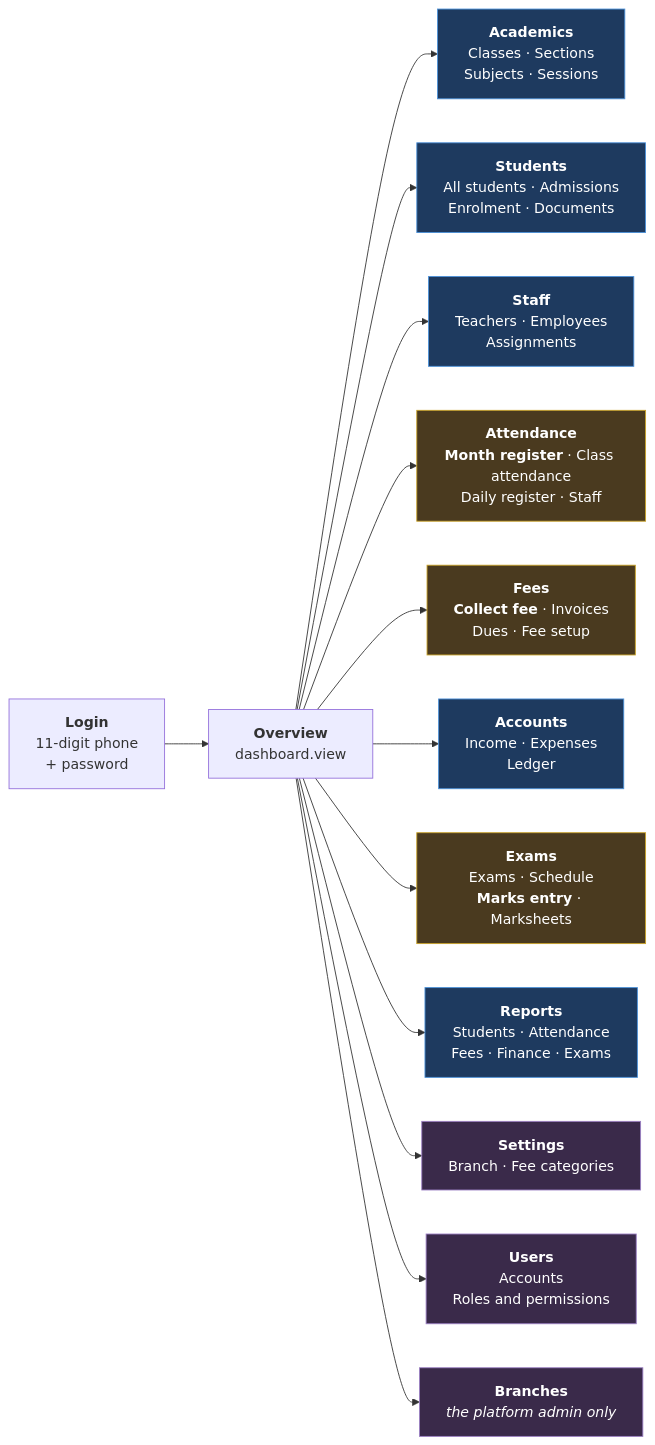
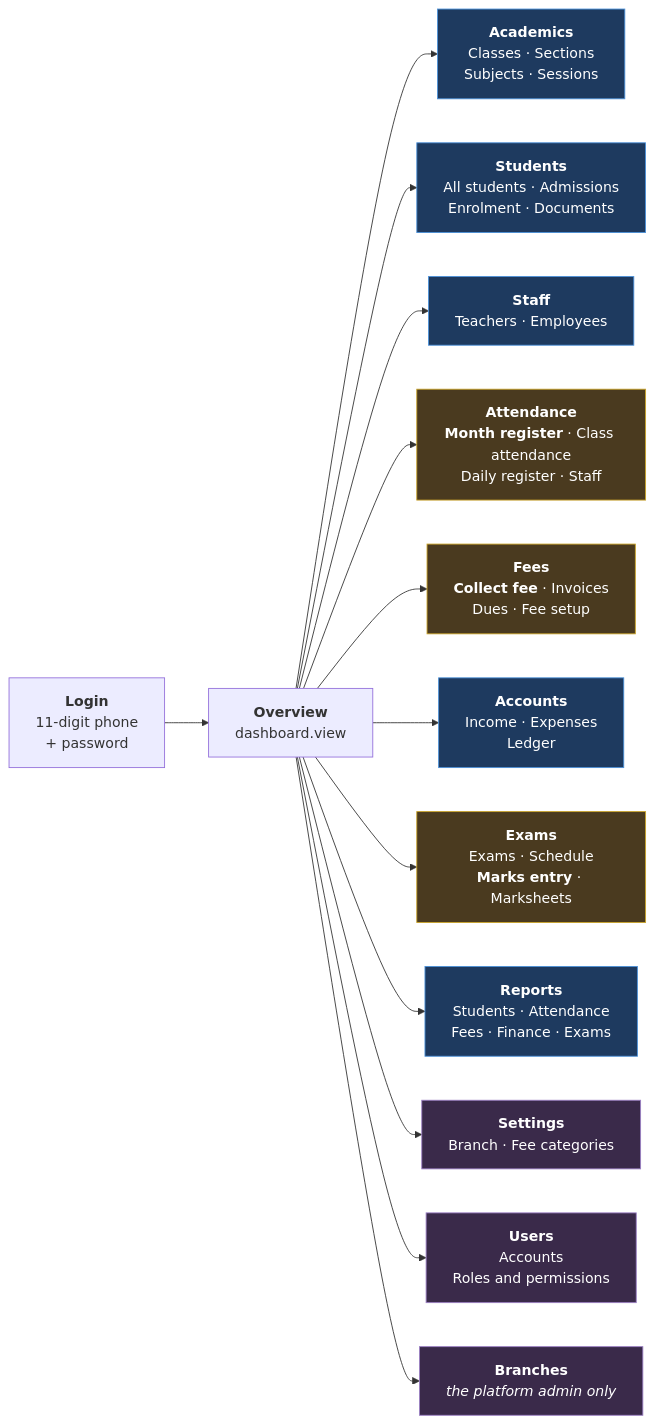
One commit to hijam-git/sies changed diagram 15 of 15 in docs/06-diagrams.md. Above: the diagram before and after it, drawn with Mermaid. The commit also changed 9 other files, not shown here.

First line of the commit message:
Remove the Teachers Assignments tab

````diff
--- a/docs/06-diagrams.md
+++ b/docs/06-diagrams.md
@@ -582,23 +582,23 @@
 ```mermaid
 flowchart LR
     L["<b>Login</b><br/>11-digit phone<br/>+ password"] --> D["<b>Overview</b><br/>dashboard.view"]
 
     D --> N1["<b>Academics</b><br/>Classes · Sections<br/>Subjects · Sessions"]
     D --> N2["<b>Students</b><br/>All students · Admissions<br/>Enrolment · Documents"]
-    D --> N3["<b>Staff</b><br/>Teachers · Employees<br/>Assignments"]
+    D --> N3["<b>Staff</b><br/>Teachers · Employees"]
     D --> N4["<b>Attendance</b><br/><b>Month register</b> · Class attendance<br/>Daily register · Staff"]
     D --> N5["<b>Fees</b><br/><b>Collect fee</b> · Invoices<br/>Dues · Fee setup"]
     D --> N6["<b>Accounts</b><br/>Income · Expenses<br/>Ledger"]
     D --> N7["<b>Exams</b><br/>Exams · Schedule<br/><b>Marks entry</b> · Marksheets"]
     D --> N8["<b>Reports</b><br/>Students · Attendance<br/>Fees · Finance · Exams"]
     D --> N9["<b>Settings</b><br/>Branch · Fee categories"]
     D --> N10["<b>Users</b><br/>Accounts<br/>Roles and permissions"]
     D --> N11["<b>Branches</b><br/><i>the platform admin only</i>"]
 
     classDef hot fill:#4a3a1f,stroke:#c9a227,color:#fff
     classDef norm fill:#1e3a5f,stroke:#4a90d9,color:#fff
     classDef admin fill:#3a2a4a,stroke:#9b7fc4,color:#fff
     class N4,N5,N7 hot
     class N1,N2,N3,N6,N8 norm
     class N9,N10,N11 admin
 ```
````
